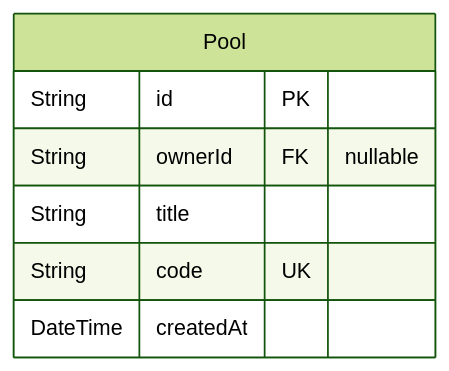
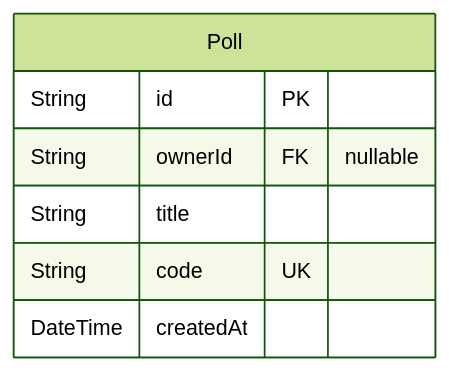
The first of 5 diagrams in server/prisma/ERD.md (carlos-HFC/nlw-copa), drawn with Mermaid (forest theme) before and after one commit. The commit also changed other lines of this file and 7 other files, not shown here.

````diff
--- a/server/prisma/ERD.md
+++ b/server/prisma/ERD.md
@@ -10,10 +11,10 @@
 ```mermaid
 erDiagram
-"Pool" {
+"Poll" {
   String id PK
   String ownerId FK "nullable"
   String title
   String code UK
   DateTime createdAt
 }
 ```
````
